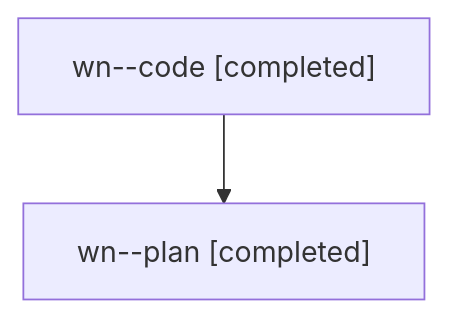
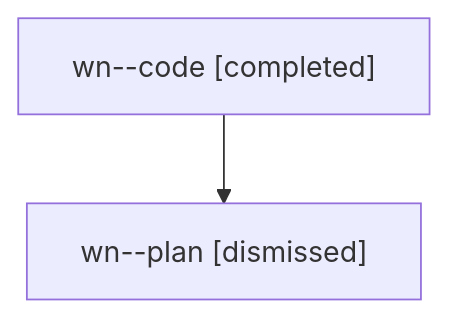
Before and after one commit to sase-org/sase--agents: the diagram in families/bbugyi200.athena.wn.md, drawn with Mermaid. The commit also changed other lines of this file and 2170 other files, not shown here.

````diff
--- a/families/bbugyi200.athena.wn.md
+++ b/families/bbugyi200.athena.wn.md
@@ -9,6 +9,6 @@
 ```mermaid
 flowchart TD
   n0["wn--code [completed]"]
-  n1["wn--plan [completed]"]
+  n1["wn--plan [dismissed]"]
   n0 --> n1
 ```
````
